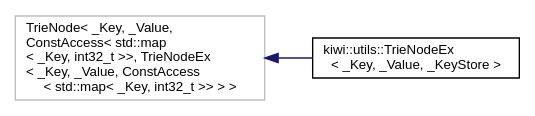
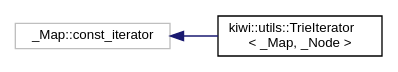
Before and after one commit to bab2min/Kiwi: the diagram in inherit_graph_106.dot, drawn with Graphviz. The commit also changed 205 other files, not shown here.

```diff
--- a/inherit_graph_106.dot
+++ b/inherit_graph_106.dot
@@ -1,10 +1,10 @@
 digraph "Graphical Class Hierarchy"
 {
  // LATEX_PDF_SIZE
   edge [fontname="Helvetica",fontsize="10",labelfontname="Helvetica",labelfontsize="10"];
   node [fontname="Helvetica",fontsize="10",shape=record];
   rankdir="LR";
-  Node129 [label="TrieNode\< _Key, _Value,\l ConstAccess\< std::map\l\< _Key, int32_t \>\>, TrieNodeEx\l\< _Key, _Value, ConstAccess\l\< std::map\< _Key, int32_t \>\> \> \>",height=0.2,width=0.4,color="grey75", fillcolor="white", style="filled",tooltip=" "];
-  Node129 -> Node0 [dir="back",color="midnightblue",fontsize="10",style="solid",fontname="Helvetica"];
-  Node0 [label="kiwi::utils::TrieNodeEx\l\< _Key, _Value, _KeyStore \>",height=0.2,width=0.4,color="black", fillcolor="white", style="filled",URL="$structkiwi_1_1utils_1_1TrieNodeEx.html",tooltip=" "];
+  Node24 [label="_Map::const_iterator",height=0.2,width=0.4,color="grey75", fillcolor="white", style="filled",tooltip=" "];
+  Node24 -> Node0 [dir="back",color="midnightblue",fontsize="10",style="solid",fontname="Helvetica"];
+  Node0 [label="kiwi::utils::TrieIterator\l\< _Map, _Node \>",height=0.2,width=0.4,color="black", fillcolor="white", style="filled",URL="$classkiwi_1_1utils_1_1TrieIterator.html",tooltip=" "];
 }
```
